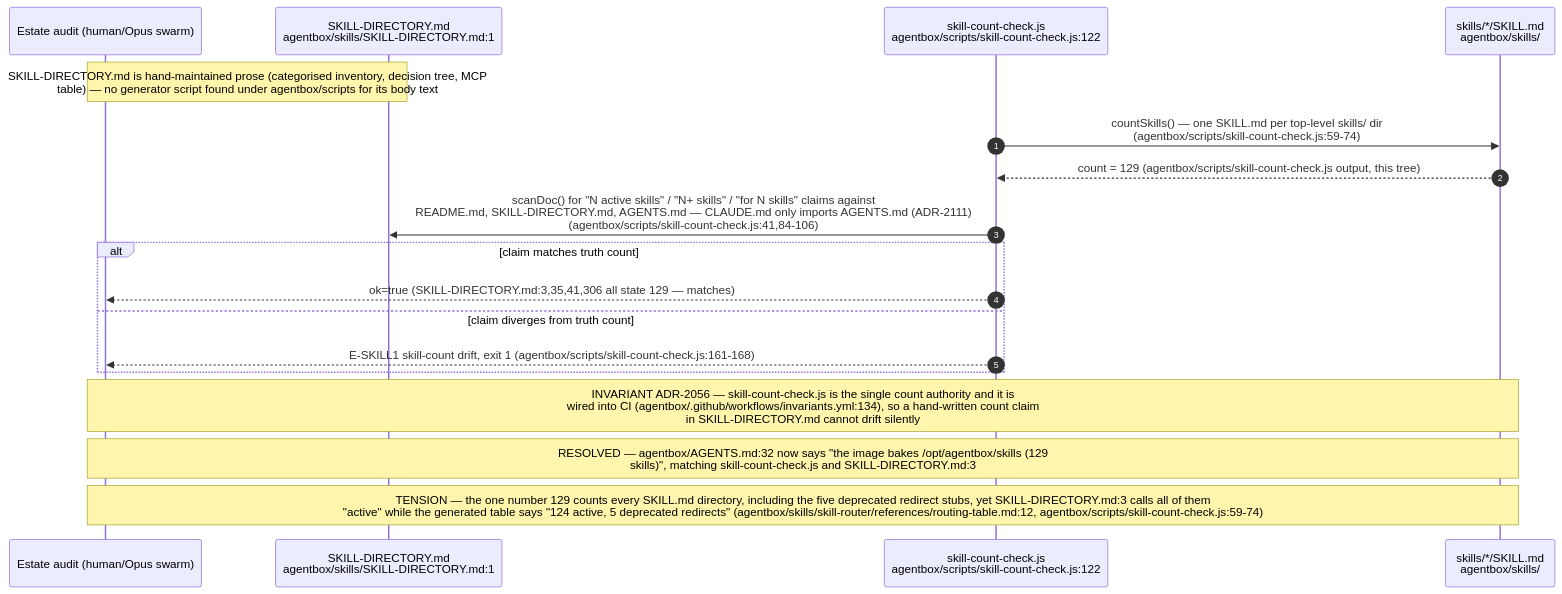
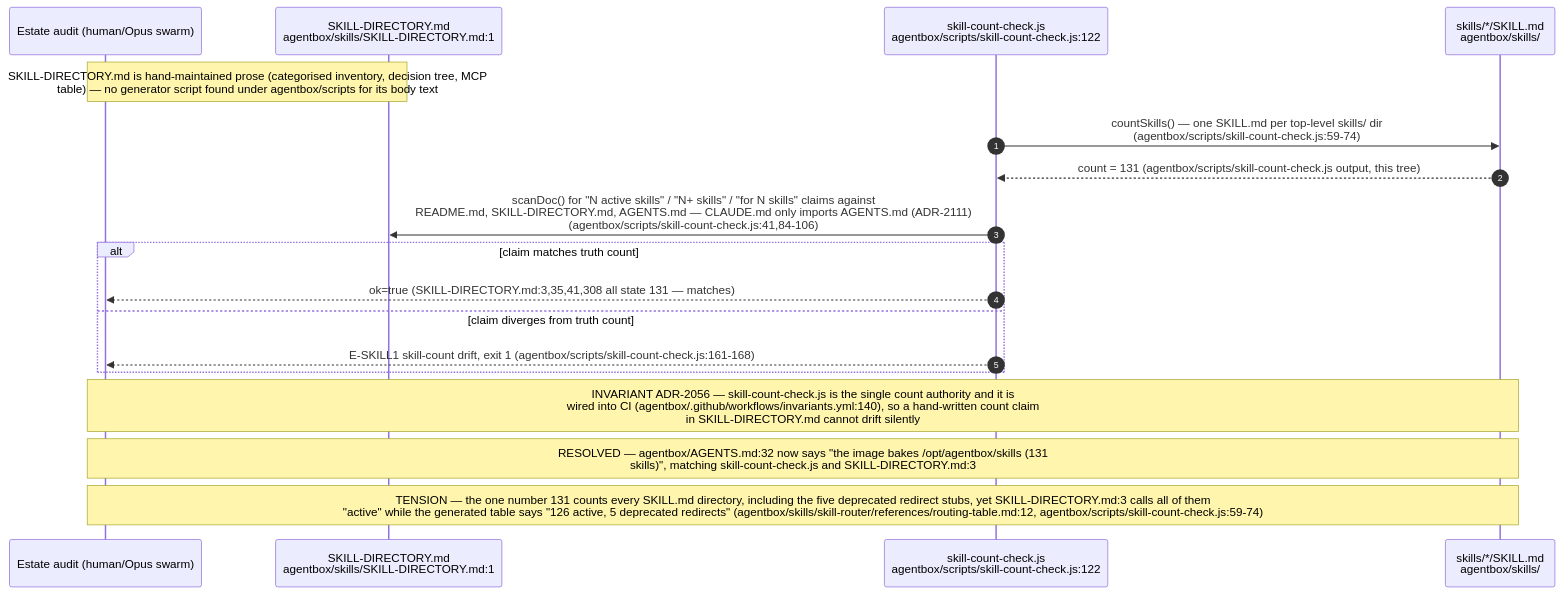
One commit to DreamLab-AI/VisionFlow changed the fourth of 12 diagrams in docs/diagrams/agentbox/22-skills-and-routing.md. Above: the diagram before and after it, drawn with Mermaid. The commit also changed other lines of this file and 160 other files, not shown here.

````diff
--- a/docs/diagrams/agentbox/22-skills-and-routing.md
+++ b/docs/diagrams/agentbox/22-skills-and-routing.md
@@ -185,21 +191,21 @@
 ```mermaid
 sequenceDiagram
     autonumber
     participant AUTHOR as Estate audit (human/Opus swarm)
     participant DIR as SKILL-DIRECTORY.md<br/>agentbox/skills/SKILL-DIRECTORY.md:1
     participant CNT as skill-count-check.js<br/>agentbox/scripts/skill-count-check.js:122
     participant DISK as skills/*/SKILL.md<br/>agentbox/skills/
 
     Note over AUTHOR,DIR: SKILL-DIRECTORY.md is hand-maintained prose (categorised inventory, decision tree, MCP<br/>table) — no generator script found under agentbox/scripts for its body text
     CNT->>DISK: countSkills() — one SKILL.md per top-level skills/ dir<br/>(agentbox/scripts/skill-count-check.js:59-74)
-    DISK-->>CNT: count = 129 (agentbox/scripts/skill-count-check.js output, this tree)
+    DISK-->>CNT: count = 131 (agentbox/scripts/skill-count-check.js output, this tree)
     CNT->>DIR: scanDoc() for "N active skills" / "N+ skills" / "for N skills" claims against<br/>README.md, SKILL-DIRECTORY.md, AGENTS.md — CLAUDE.md only imports AGENTS.md (ADR-2111)<br/>(agentbox/scripts/skill-count-check.js:41,84-106)
     alt claim matches truth count
-        CNT-->>AUTHOR: ok=true (SKILL-DIRECTORY.md:3,35,41,306 all state 129 — matches)
+        CNT-->>AUTHOR: ok=true (SKILL-DIRECTORY.md:3,35,41,308 all state 131 — matches)
     else claim diverges from truth count
         CNT-->>AUTHOR: E-SKILL1 skill-count drift, exit 1 (agentbox/scripts/skill-count-check.js:161-168)
     end
-    Note over AUTHOR,DISK: INVARIANT ADR-2056 — skill-count-check.js is the single count authority and it is<br/>wired into CI (agentbox/.github/workflows/invariants.yml:134), so a hand-written count claim<br/>in SKILL-DIRECTORY.md cannot drift silently
-    Note over AUTHOR,DISK: RESOLVED — agentbox/AGENTS.md:32 now says "the image bakes /opt/agentbox/skills (129<br/>skills)", matching skill-count-check.js and SKILL-DIRECTORY.md:3
-    Note over AUTHOR,DISK: TENSION — the one number 129 counts every SKILL.md directory, including the five deprecated redirect stubs, yet SKILL-DIRECTORY.md:3 calls all of them<br/>"active" while the generated table says "124 active, 5 deprecated redirects" (agentbox/skills/skill-router/references/routing-table.md:12, agentbox/scripts/skill-count-check.js:59-74)
+    Note over AUTHOR,DISK: INVARIANT ADR-2056 — skill-count-check.js is the single count authority and it is<br/>wired into CI (agentbox/.github/workflows/invariants.yml:140), so a hand-written count claim<br/>in SKILL-DIRECTORY.md cannot drift silently
+    Note over AUTHOR,DISK: RESOLVED — agentbox/AGENTS.md:32 now says "the image bakes /opt/agentbox/skills (131<br/>skills)", matching skill-count-check.js and SKILL-DIRECTORY.md:3
+    Note over AUTHOR,DISK: TENSION — the one number 131 counts every SKILL.md directory, including the five deprecated redirect stubs, yet SKILL-DIRECTORY.md:3 calls all of them<br/>"active" while the generated table says "126 active, 5 deprecated redirects" (agentbox/skills/skill-router/references/routing-table.md:12, agentbox/scripts/skill-count-check.js:59-74)
 ```
````
